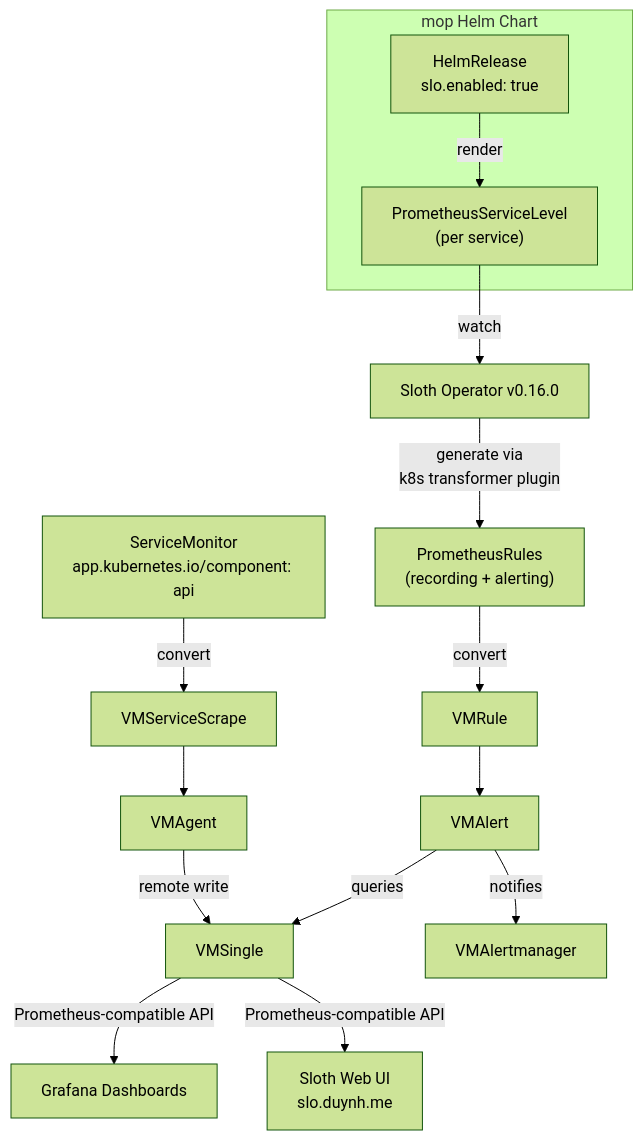
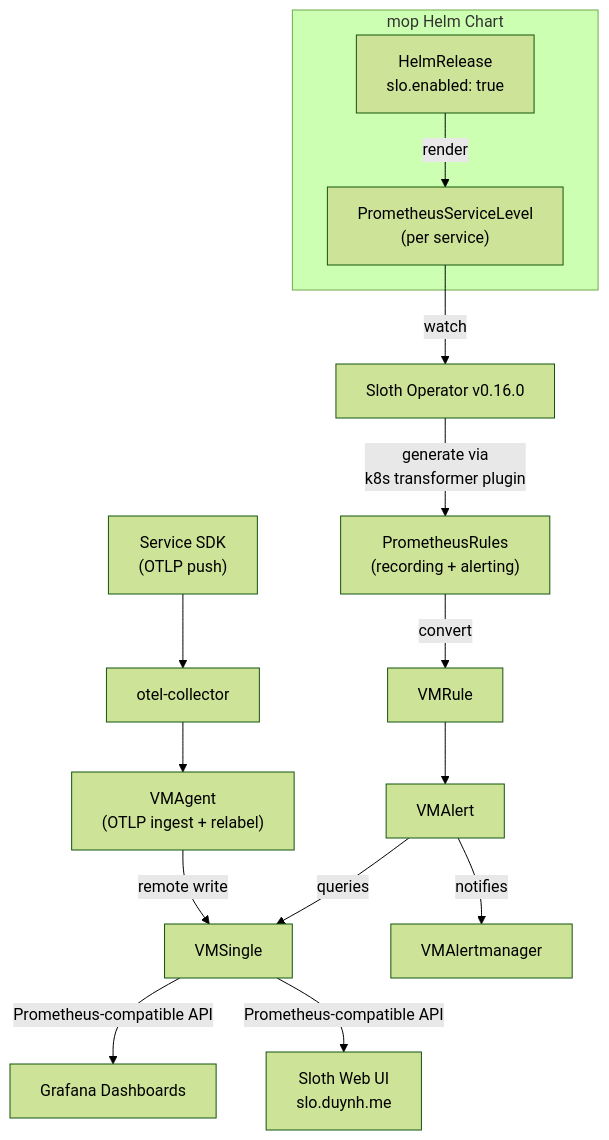
The diagram in docs/observability/slo/README.md (duynhlab/homelab), drawn with Mermaid (forest theme) before and after one commit. The commit also changed other lines of this file and 24 other files, not shown here.

````diff
--- a/docs/observability/slo/README.md
+++ b/docs/observability/slo/README.md
@@ -21,19 +21,19 @@
 ```mermaid
 flowchart TD
     subgraph helmChart ["mop Helm Chart"]
         HR["HelmRelease<br/>slo.enabled: true"] -->|render| PSL["PrometheusServiceLevel<br/>(per service)"]
     end
 
     PSL -->|watch| Sloth["Sloth Operator v0.16.0"]
     Sloth -->|generate via<br/>k8s transformer plugin| PR["PrometheusRules<br/>(recording + alerting)"]
     PR -->|convert| VMR["VMRule"]
     VMR --> VMA["VMAlert"]
     VMA -->|queries| VMS["VMSingle"]
     VMA -->|notifies| VMAM["VMAlertmanager"]
     VMS -->|Prometheus-compatible API| Grafana["Grafana Dashboards"]
     VMS -->|Prometheus-compatible API| SlothUI["Sloth Web UI<br/>slo.duynh.me"]
 
-    SM["ServiceMonitor<br/>app.kubernetes.io/component: api"] -->|convert| VMSS["VMServiceScrape"]
-    VMSS --> VMAgent["VMAgent"]
+    App["Service SDK<br/>(OTLP push)"] --> OC["otel-collector"]
+    OC --> VMAgent["VMAgent<br/>(OTLP ingest + relabel)"]
     VMAgent -->|remote write| VMS
 ```
````
